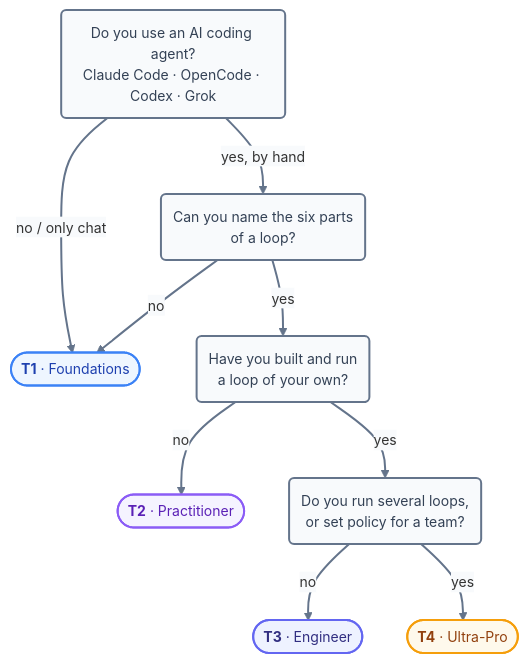
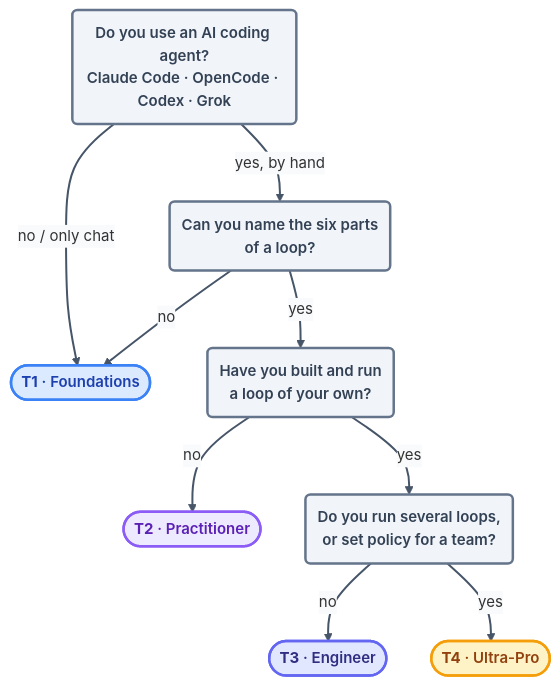
Before and after one commit to ayeshakhalid192007-dev/LoopEngineering-CrashCourse: the diagram in docs/00-start-here/README.md, drawn with Mermaid. The commit also changed 66 other files, not shown here.

First line of the commit message:
docs(diagrams): visibly bolder pass — deeper fills, heavier strokes, semibold labels

````diff
--- a/docs/00-start-here/README.md
+++ b/docs/00-start-here/README.md
@@ -23,18 +23,18 @@
 ```mermaid
-%%{init: {'theme':'base','themeVariables':{'fontFamily':'ui-sans-serif, system-ui, sans-serif','fontSize':'14px','lineColor':'#64748b','edgeLabelBackground':'#f8fafc'},'flowchart':{'curve':'basis','nodeSpacing':45,'rankSpacing':55,'padding':12}}}%%
+%%{init: {'theme':'base','themeVariables':{'fontFamily':'ui-sans-serif, system-ui, sans-serif','fontSize':'15px','lineColor':'#475569','edgeLabelBackground':'#f8fafc'},'flowchart':{'curve':'basis','nodeSpacing':45,'rankSpacing':55,'padding':12}}}%%
 flowchart TD
     A("Do you use an AI coding agent?<br/>Claude Code · OpenCode · Codex · Grok"):::q -->|"no / only chat"| T1
     A -->|"yes, by hand"| B("Can you name the six parts<br/>of a loop?"):::q
     B -->|no| T1(["<b>T1</b> · Foundations"]):::t1
     B -->|yes| C("Have you built and run<br/>a loop of your own?"):::q
     C -->|no| T2(["<b>T2</b> · Practitioner"]):::t2
     C -->|yes| D("Do you run several loops,<br/>or set policy for a team?"):::q
     D -->|no| T3(["<b>T3</b> · Engineer"]):::t3
     D -->|yes| T4(["<b>T4</b> · Ultra-Pro"]):::t4
-    linkStyle default stroke:#64748b,stroke-width:2px;
-    classDef q fill:#f8fafc,stroke:#64748b,stroke-width:2px,color:#334155;
-    classDef t1 fill:#eef6ff,stroke:#3b82f6,stroke-width:2px,color:#1e40af;
-    classDef t2 fill:#f5f3ff,stroke:#8b5cf6,stroke-width:2px,color:#5b21b6;
-    classDef t3 fill:#eef2ff,stroke:#6366f1,stroke-width:2px,color:#312e81;
-    classDef t4 fill:#fef9ec,stroke:#f59e0b,stroke-width:2px,color:#92400e;
+    linkStyle default stroke:#475569,stroke-width:2px;
+    classDef q fill:#f1f5f9,stroke:#64748b,stroke-width:2.5px,color:#334155,font-weight:600;
+    classDef t1 fill:#dbeafe,stroke:#3b82f6,stroke-width:2.5px,color:#1e40af,font-weight:600;
+    classDef t2 fill:#ede9fe,stroke:#8b5cf6,stroke-width:2.5px,color:#5b21b6,font-weight:600;
+    classDef t3 fill:#e0e7ff,stroke:#6366f1,stroke-width:2.5px,color:#312e81,font-weight:600;
+    classDef t4 fill:#fef3c7,stroke:#f59e0b,stroke-width:2.5px,color:#92400e,font-weight:600;
 ```
````
